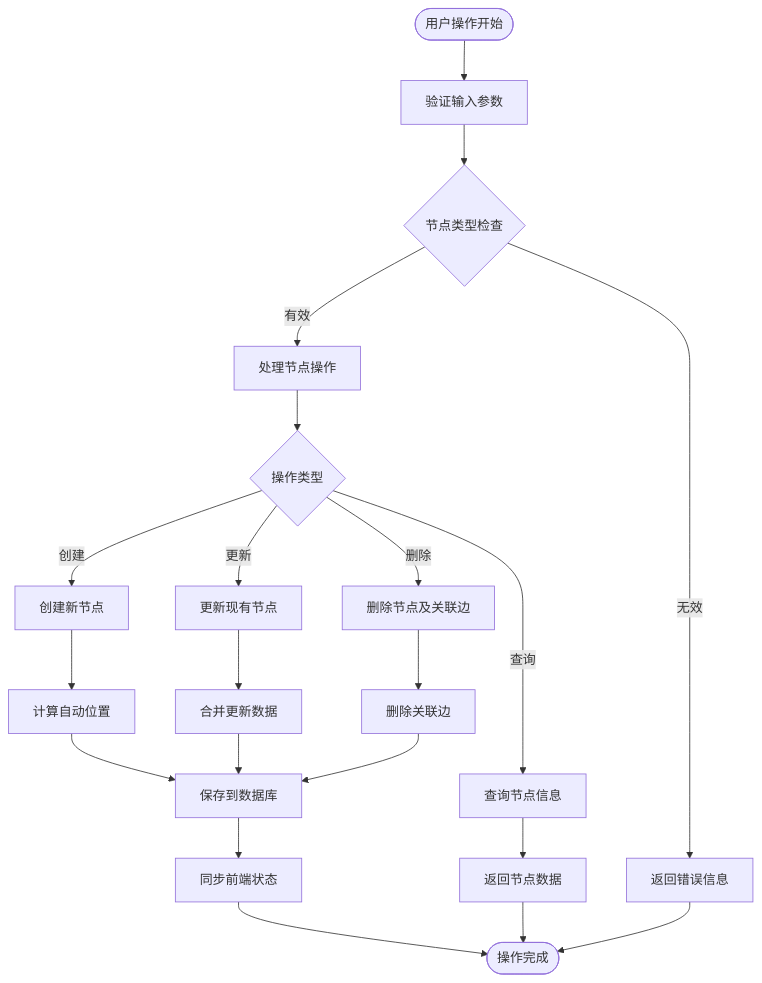
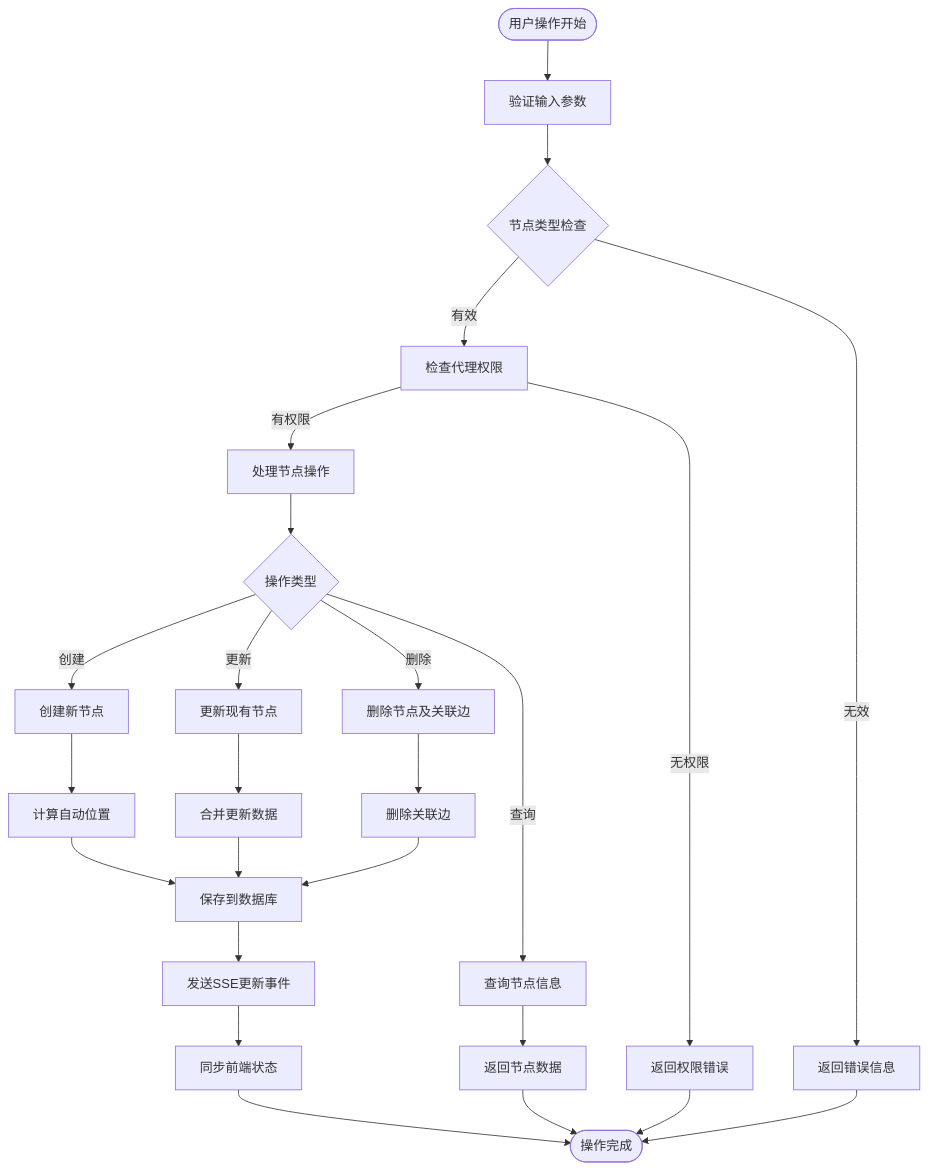
Before and after one commit to KunLabAI/KunFlix: the sixth of 7 diagrams in .qoder/repowiki/zh/content/后端开发指南/画布工具服务.md, drawn with Mermaid. The commit also changed other lines of this file and 12 other files, not shown here.

````diff
--- a/.qoder/repowiki/zh/content/后端开发指南/画布工具服务.md
+++ b/.qoder/repowiki/zh/content/后端开发指南/画布工具服务.md
@@ -264,23 +325,27 @@
 ```mermaid
 flowchart TD
 Start([用户操作开始]) --> ValidateInput["验证输入参数"]
 ValidateInput --> NodeType{"节点类型检查"}
-NodeType --> |有效| ProcessNode["处理节点操作"]
+NodeType --> |有效| CheckPermission["检查代理权限"]
 NodeType --> |无效| ReturnError["返回错误信息"]
+CheckPermission --> |有权限| ProcessNode["处理节点操作"]
+CheckPermission --> |无权限| ReturnPermissionError["返回权限错误"]
 ProcessNode --> Operation{"操作类型"}
 Operation --> |创建| CreateNode["创建新节点"]
 Operation --> |更新| UpdateNode["更新现有节点"]
 Operation --> |删除| DeleteNode["删除节点及关联边"]
 Operation --> |查询| QueryNode["查询节点信息"]
 CreateNode --> AutoPosition["计算自动位置"]
 AutoPosition --> SaveNode["保存到数据库"]
 UpdateNode --> MergeData["合并更新数据"]
 MergeData --> SaveNode
 DeleteNode --> RemoveEdges["删除关联边"]
 RemoveEdges --> SaveNode
 QueryNode --> ReturnData["返回节点数据"]
-SaveNode --> SyncFrontend["同步前端状态"]
+SaveNode --> SendSSE["发送SSE更新事件"]
+SendSSE --> SyncFrontend["同步前端状态"]
 SyncFrontend --> End([操作完成])
 ReturnData --> End
 ReturnError --> End
+ReturnPermissionError --> End
 ```
````
